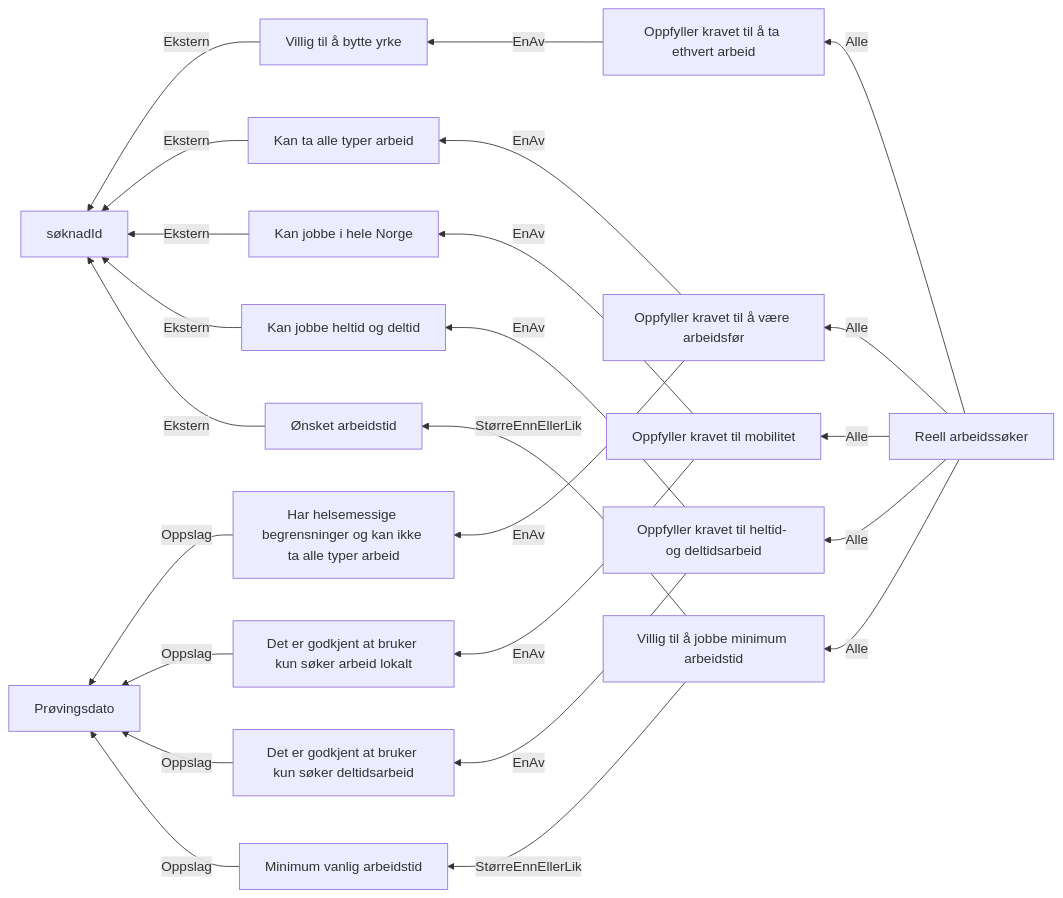
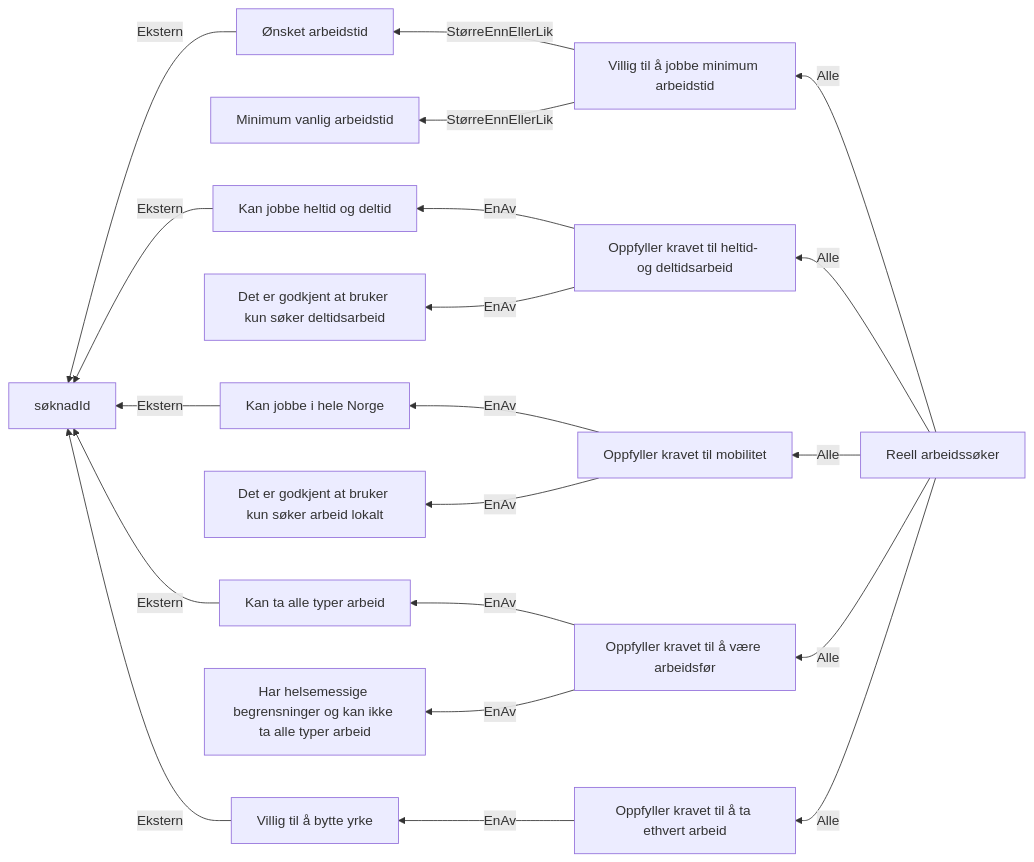
One commit to navikt/dp-behandling changed the diagram in docs/regler/§ 4-5. Reelle arbeidssøkere.approved.md. Above: the diagram before and after it, drawn with Mermaid. The commit also changed 26 other files, not shown here.

````diff
--- a/docs/regler/§ 4-5. Reelle arbeidssøkere.approved.md
+++ b/docs/regler/§ 4-5. Reelle arbeidssøkere.approved.md
@@ -5,26 +5,22 @@
 ```mermaid
 graph RL
   A["Ønsket arbeidstid"] -->|"Ekstern"| B["søknadId"]
-  C["Minimum vanlig arbeidstid"] -->|"Oppslag"| D["Prøvingsdato"]
-  E["Villig til å jobbe minimum arbeidstid"] -->|"StørreEnnEllerLik"| A["Ønsket arbeidstid"]
-  E["Villig til å jobbe minimum arbeidstid"] -->|"StørreEnnEllerLik"| C["Minimum vanlig arbeidstid"]
-  F["Kan jobbe heltid og deltid"] -->|"Ekstern"| B["søknadId"]
-  G["Det er godkjent at bruker kun søker deltidsarbeid"] -->|"Oppslag"| D["Prøvingsdato"]
-  H["Kan jobbe i hele Norge"] -->|"Ekstern"| B["søknadId"]
-  I["Det er godkjent at bruker kun søker arbeid lokalt"] -->|"Oppslag"| D["Prøvingsdato"]
-  J["Kan ta alle typer arbeid"] -->|"Ekstern"| B["søknadId"]
-  K["Har helsemessige begrensninger og kan ikke ta alle typer arbeid"] -->|"Oppslag"| D["Prøvingsdato"]
-  L["Villig til å bytte yrke"] -->|"Ekstern"| B["søknadId"]
-  M["Oppfyller kravet til heltid- og deltidsarbeid"] -->|"EnAv"| F["Kan jobbe heltid og deltid"]
-  M["Oppfyller kravet til heltid- og deltidsarbeid"] -->|"EnAv"| G["Det er godkjent at bruker kun søker deltidsarbeid"]
-  N["Oppfyller kravet til mobilitet"] -->|"EnAv"| H["Kan jobbe i hele Norge"]
-  N["Oppfyller kravet til mobilitet"] -->|"EnAv"| I["Det er godkjent at bruker kun søker arbeid lokalt"]
-  O["Oppfyller kravet til å være arbeidsfør"] -->|"EnAv"| J["Kan ta alle typer arbeid"]
-  O["Oppfyller kravet til å være arbeidsfør"] -->|"EnAv"| K["Har helsemessige begrensninger og kan ikke ta alle typer arbeid"]
-  P["Oppfyller kravet til å ta ethvert arbeid"] -->|"EnAv"| L["Villig til å bytte yrke"]
-  Q["Reell arbeidssøker"] -->|"Alle"| E["Villig til å jobbe minimum arbeidstid"]
-  Q["Reell arbeidssøker"] -->|"Alle"| M["Oppfyller kravet til heltid- og deltidsarbeid"]
-  Q["Reell arbeidssøker"] -->|"Alle"| N["Oppfyller kravet til mobilitet"]
-  Q["Reell arbeidssøker"] -->|"Alle"| O["Oppfyller kravet til å være arbeidsfør"]
-  Q["Reell arbeidssøker"] -->|"Alle"| P["Oppfyller kravet til å ta ethvert arbeid"]
+  C["Villig til å jobbe minimum arbeidstid"] -->|"StørreEnnEllerLik"| A["Ønsket arbeidstid"]
+  C["Villig til å jobbe minimum arbeidstid"] -->|"StørreEnnEllerLik"| D["Minimum vanlig arbeidstid"]
+  E["Kan jobbe heltid og deltid"] -->|"Ekstern"| B["søknadId"]
+  F["Kan jobbe i hele Norge"] -->|"Ekstern"| B["søknadId"]
+  G["Kan ta alle typer arbeid"] -->|"Ekstern"| B["søknadId"]
+  H["Villig til å bytte yrke"] -->|"Ekstern"| B["søknadId"]
+  I["Oppfyller kravet til heltid- og deltidsarbeid"] -->|"EnAv"| E["Kan jobbe heltid og deltid"]
+  I["Oppfyller kravet til heltid- og deltidsarbeid"] -->|"EnAv"| J["Det er godkjent at bruker kun søker deltidsarbeid"]
+  K["Oppfyller kravet til mobilitet"] -->|"EnAv"| F["Kan jobbe i hele Norge"]
+  K["Oppfyller kravet til mobilitet"] -->|"EnAv"| L["Det er godkjent at bruker kun søker arbeid lokalt"]
+  M["Oppfyller kravet til å være arbeidsfør"] -->|"EnAv"| G["Kan ta alle typer arbeid"]
+  M["Oppfyller kravet til å være arbeidsfør"] -->|"EnAv"| N["Har helsemessige begrensninger og kan ikke ta alle typer arbeid"]
+  O["Oppfyller kravet til å ta ethvert arbeid"] -->|"EnAv"| H["Villig til å bytte yrke"]
+  P["Reell arbeidssøker"] -->|"Alle"| C["Villig til å jobbe minimum arbeidstid"]
+  P["Reell arbeidssøker"] -->|"Alle"| I["Oppfyller kravet til heltid- og deltidsarbeid"]
+  P["Reell arbeidssøker"] -->|"Alle"| K["Oppfyller kravet til mobilitet"]
+  P["Reell arbeidssøker"] -->|"Alle"| M["Oppfyller kravet til å være arbeidsfør"]
+  P["Reell arbeidssøker"] -->|"Alle"| O["Oppfyller kravet til å ta ethvert arbeid"]
 ```
````
